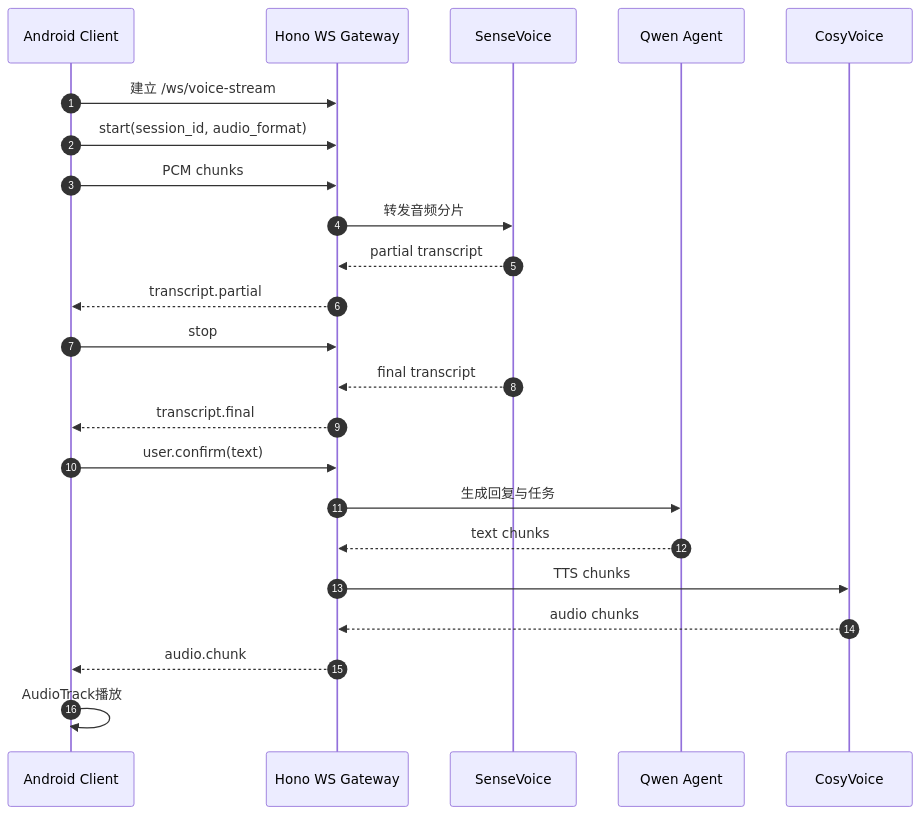
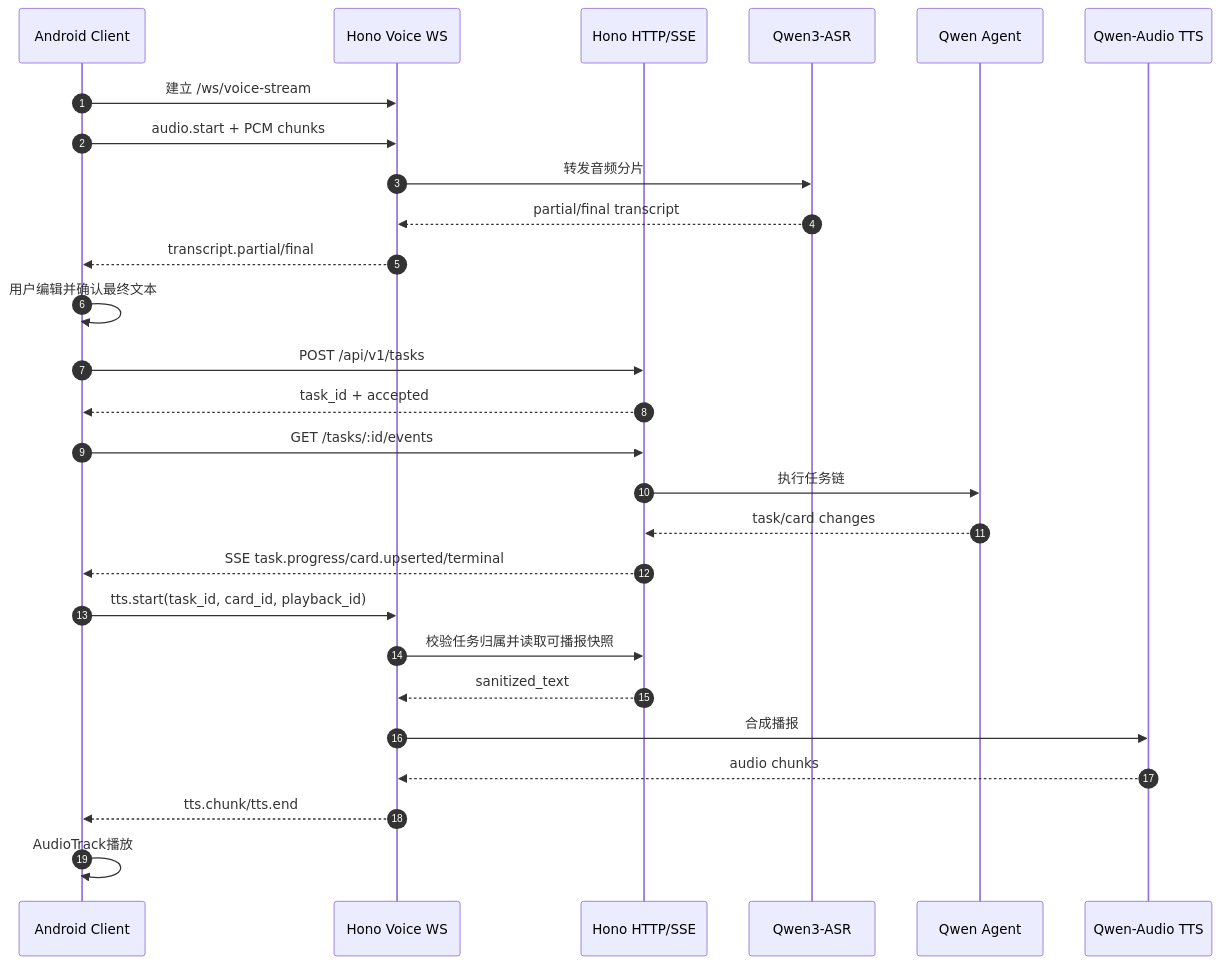
The seventh of 8 diagrams in 跨平台无障碍出行链自动化Agent中枢需求文档.md (SakuraCianna/EazyPath), drawn with Mermaid before and after one commit. The commit also changed other lines of this file and 107 other files, not shown here.

````diff
--- a/跨平台无障碍出行链自动化Agent中枢需求文档.md
+++ b/跨平台无障碍出行链自动化Agent中枢需求文档.md
@@ -735,26 +922,30 @@
 ```mermaid
 sequenceDiagram
     autonumber
     participant App as Android Client
-    participant Hono as Hono WS Gateway
-    participant SV as SenseVoice
+    participant WS as Hono Voice WS
+    participant API as Hono HTTP/SSE
+    participant SV as Qwen3-ASR
     participant Agent as Qwen Agent
-    participant CV as CosyVoice
+    participant CV as Qwen-Audio TTS
 
-    App->>Hono: 建立 /ws/voice-stream
-    App->>Hono: start(session_id, audio_format)
-    App->>Hono: PCM chunks
-    Hono->>SV: 转发音频分片
-    SV-->>Hono: partial transcript
-    Hono-->>App: transcript.partial
-    App->>Hono: stop
-    SV-->>Hono: final transcript
-    Hono-->>App: transcript.final
-    App->>Hono: user.confirm(text)
-    Hono->>Agent: 生成回复与任务
-    Agent-->>Hono: text chunks
-    Hono->>CV: TTS chunks
-    CV-->>Hono: audio chunks
-    Hono-->>App: audio.chunk
+    App->>WS: 建立 /ws/voice-stream
+    App->>WS: audio.start + PCM chunks
+    WS->>SV: 转发音频分片
+    SV-->>WS: partial/final transcript
+    WS-->>App: transcript.partial/final
+    App->>App: 用户编辑并确认最终文本
+    App->>API: POST /api/v1/tasks
+    API-->>App: task_id + accepted
+    App->>API: GET /tasks/:id/events
+    API->>Agent: 执行任务链
+    Agent-->>API: task/card changes
+    API-->>App: SSE task.progress/card.upserted/terminal
+    App->>WS: tts.start(task_id, card_id, playback_id)
+    WS->>API: 校验任务归属并读取可播报快照
+    API-->>WS: sanitized_text
+    WS->>CV: 合成播报
+    CV-->>WS: audio chunks
+    WS-->>App: tts.chunk/tts.end
     App->>App: AudioTrack播放
 ```
````
